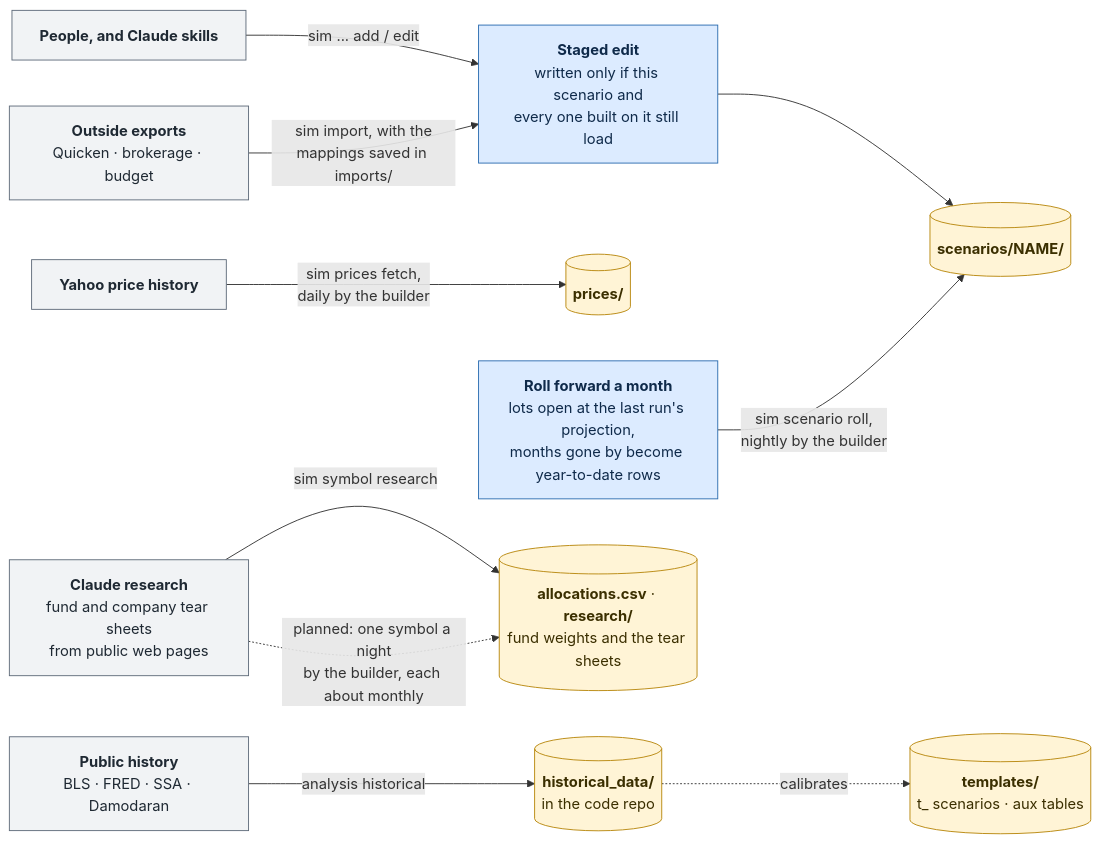
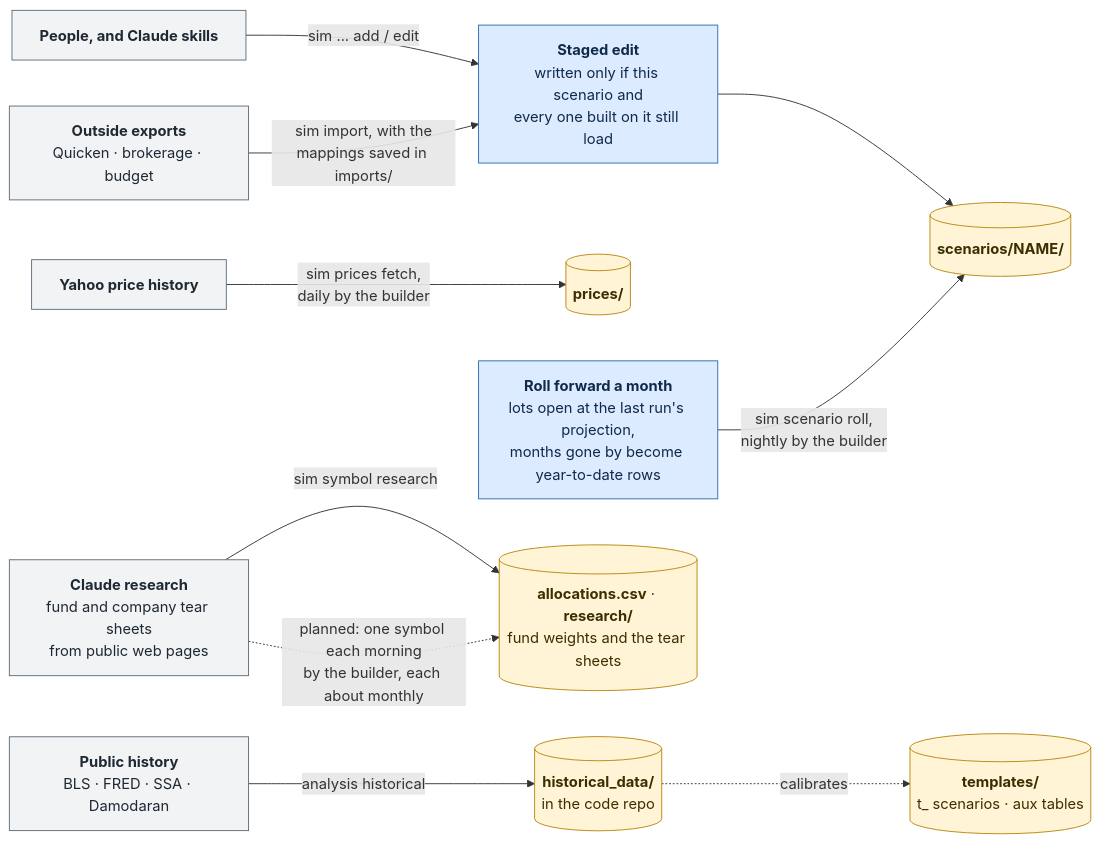
Before and after one commit to BobKerns/analysis: the third of 13 diagrams in docs/architecture/README.md, drawn with Mermaid. The commit also changed other lines of this file, not shown here.

Commit message:
Architecture README: the planned research job runs each morning (#640)
Claude-Session: https://claude.ai/code/session_01KEPYMqqCGso3NpbHNCZr4D

````diff
--- a/docs/architecture/README.md
+++ b/docs/architecture/README.md
@@ -232,36 +232,36 @@
 ```mermaid
 flowchart LR
   people["<b>People, and Claude skills</b>"]
   exports["<b>Outside exports</b><br/>Quicken · brokerage · budget"]
   market["<b>Yahoo price history</b>"]
   public["<b>Public history</b><br/>BLS · FRED · SSA · Damodaran"]
 
   staged["<b>Staged edit</b><br/>written only if this scenario and<br/>every one built on it still load"]
   scenario_files[("<b>scenarios/NAME/</b>")]
   price_files[("<b>prices/</b>")]
   history[("<b>historical_data/</b><br/>in the code repo")]
   templates[("<b>templates/</b><br/>t_ scenarios · aux tables")]
   research["<b>Claude research</b><br/>fund and company tear sheets<br/>from public web pages"]
   allocation_files[("<b>allocations.csv</b> · <b>research/</b><br/>fund weights and the tear sheets")]
   roll["<b>Roll forward a month</b><br/>lots open at the last run's projection,<br/>months gone by become year-to-date rows"]
 
   people -->|"sim ... add / edit"| staged
   exports -->|"sim import, with the<br/>mappings saved in imports/"| staged
   staged --> scenario_files
   roll -->|"sim scenario roll,<br/>nightly by the builder"| scenario_files
   market -->|"sim prices fetch,<br/>daily by the builder"| price_files
   research -->|"sim symbol research"| allocation_files
-  research -.->|"planned: one symbol a night<br/>by the builder, each about monthly"| allocation_files
+  research -.->|"planned: one symbol each morning<br/>by the builder, each about monthly"| allocation_files
   public -->|"analysis historical"| history
   history -.->|calibrates| templates
 
   class people,exports,market,public,research out
   class staged,roll proc
   class scenario_files,price_files,allocation_files,history,templates input
   classDef input fill:#FFF4D6,stroke:#B8860B,color:#3b2f00
   classDef code fill:#EDE3FF,stroke:#6B46C1,color:#2a1a55
   classDef proc fill:#DCEBFF,stroke:#2B6CB0,color:#0f2a4a
   classDef store fill:#DDF5E3,stroke:#2F855A,color:#123524
   classDef out fill:#F1F3F5,stroke:#5F6B7A,color:#1f2933
   classDef note fill:#ffffff,stroke:#9aa5b1,color:#3e4c59,stroke-dasharray:4 3
 ```
````
